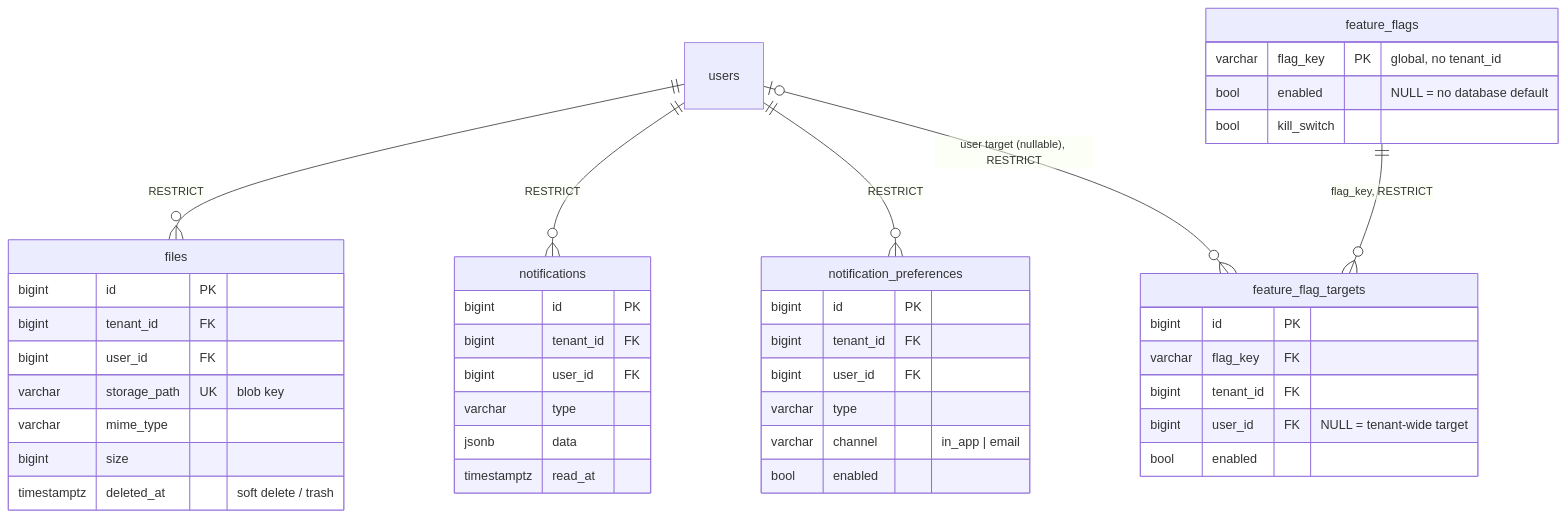
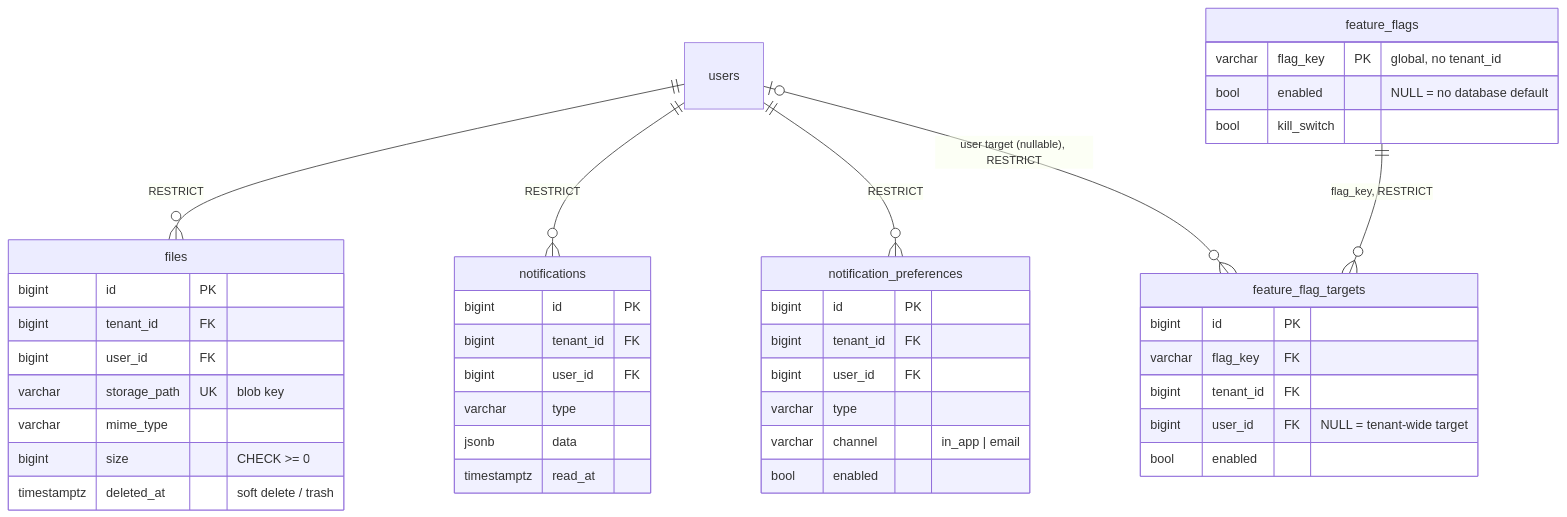
Before and after one commit to chuanghiduoc/fiber-golang-boilerplate: the second of 4 diagrams in docs/data-model.md, drawn with Mermaid. The commit also changed other lines of this file and 71 other files, not shown here.

````diff
--- a/docs/data-model.md
+++ b/docs/data-model.md
@@ -107,46 +143,46 @@
 ```mermaid
 erDiagram
     users ||--o{ files : "RESTRICT"
     users ||--o{ notifications : "RESTRICT"
     users ||--o{ notification_preferences : "RESTRICT"
     feature_flags ||--o{ feature_flag_targets : "flag_key, RESTRICT"
     users |o--o{ feature_flag_targets : "user target (nullable), RESTRICT"
 
     files {
         bigint id PK
         bigint tenant_id FK
         bigint user_id FK
         varchar storage_path UK "blob key"
         varchar mime_type
-        bigint size
+        bigint size "CHECK >= 0"
         timestamptz deleted_at "soft delete / trash"
     }
     notifications {
         bigint id PK
         bigint tenant_id FK
         bigint user_id FK
         varchar type
         jsonb data
         timestamptz read_at
     }
     notification_preferences {
         bigint id PK
         bigint tenant_id FK
         bigint user_id FK
         varchar type
         varchar channel "in_app | email"
         bool enabled
     }
     feature_flags {
         varchar flag_key PK "global, no tenant_id"
         bool enabled "NULL = no database default"
         bool kill_switch
     }
     feature_flag_targets {
         bigint id PK
         varchar flag_key FK
         bigint tenant_id FK
         bigint user_id FK "NULL = tenant-wide target"
         bool enabled
     }
 ```
````
